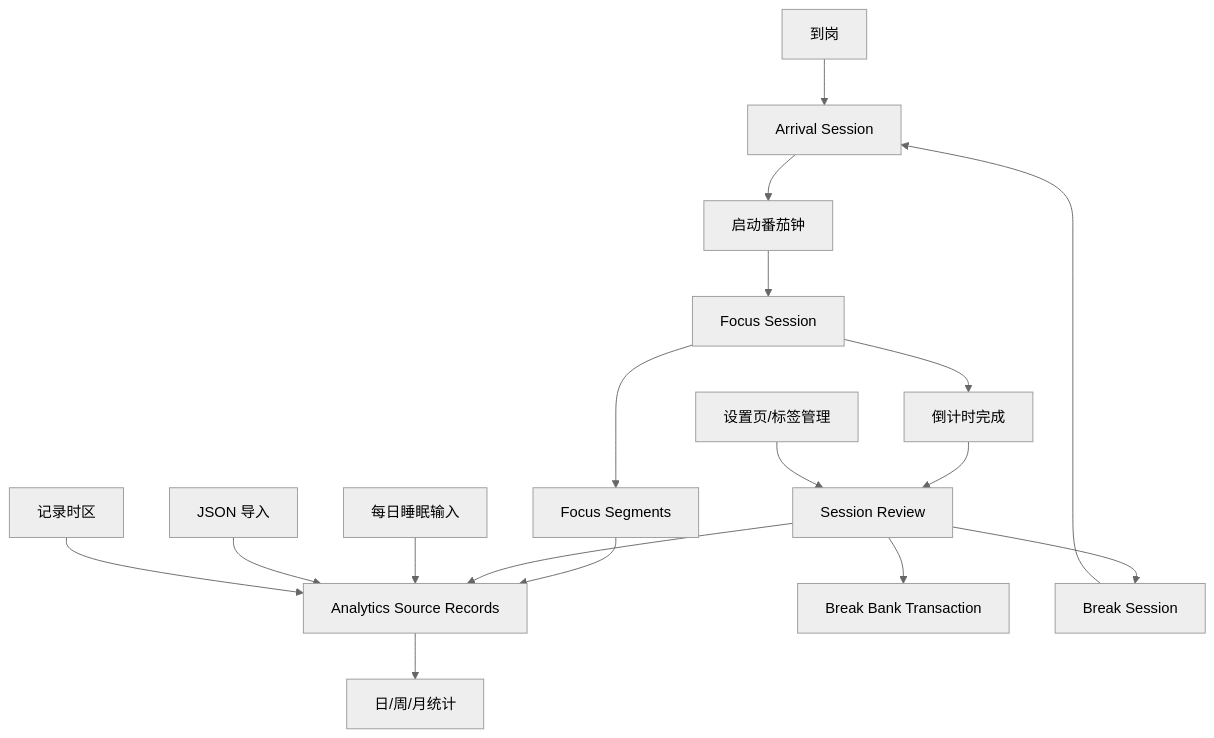
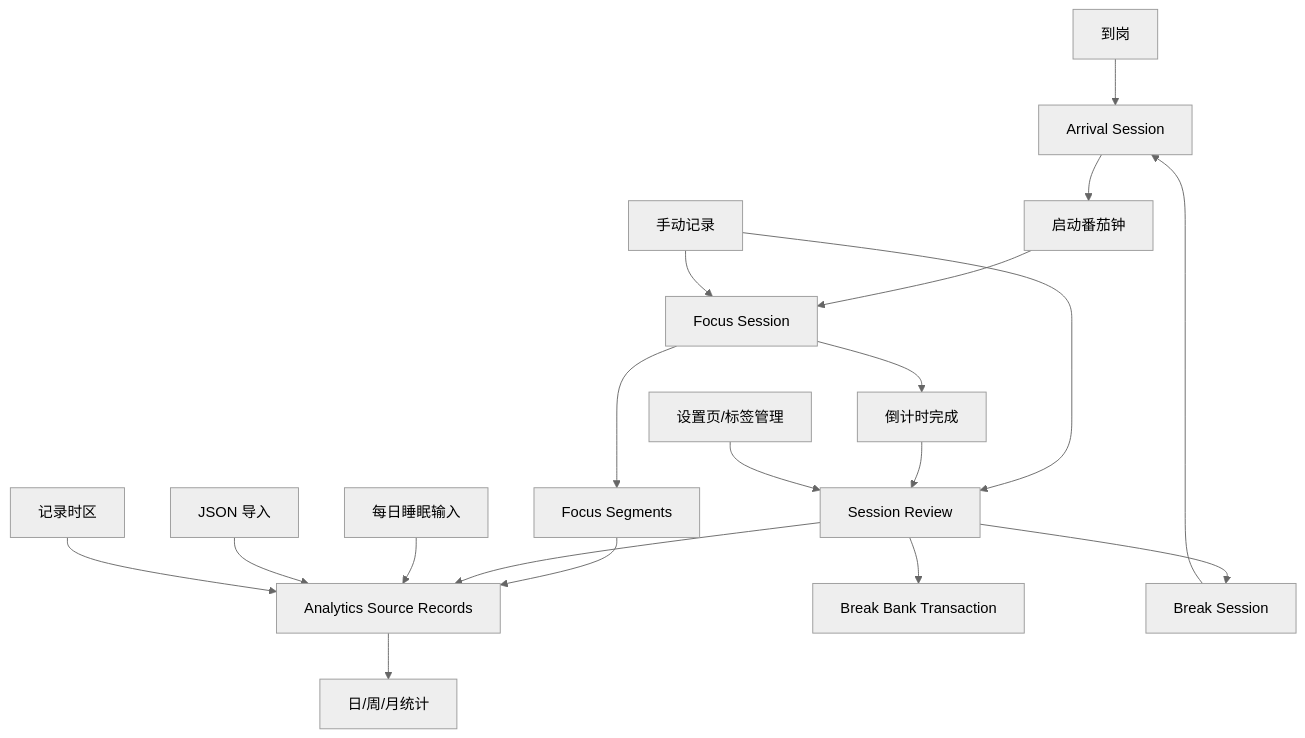
The diagram in docs/module-map.md (lapse-code/status-record), drawn with Mermaid (neutral theme) before and after one commit. The commit also changed other lines of this file and 11 other files, not shown here.

````diff
--- a/docs/module-map.md
+++ b/docs/module-map.md
@@ -76,19 +80,21 @@
 ```mermaid
 flowchart TD
   A["到岗"] --> B["Arrival Session"]
   B --> C["启动番茄钟"]
   C --> D["Focus Session"]
+  M["手动记录"] --> D
+  M --> F
   D --> E["倒计时完成"]
   D --> S["Focus Segments"]
   S --> H
   E --> F["Session Review"]
   F --> G["Break Bank Transaction"]
   F --> L["Break Session"]
   L --> B
   F --> H["Analytics Source Records"]
   I["每日睡眠输入"] --> H
   J["设置页/标签管理"] --> F
   N["JSON 导入"] --> H
   O["记录时区"] --> H
   H --> K["日/周/月统计"]
 ```
````
